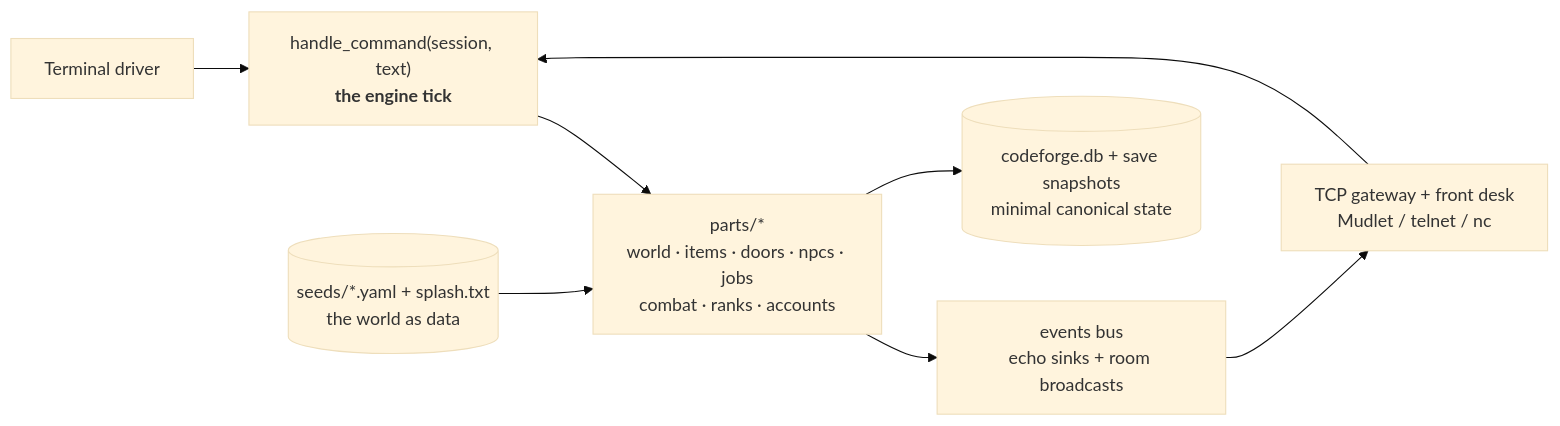
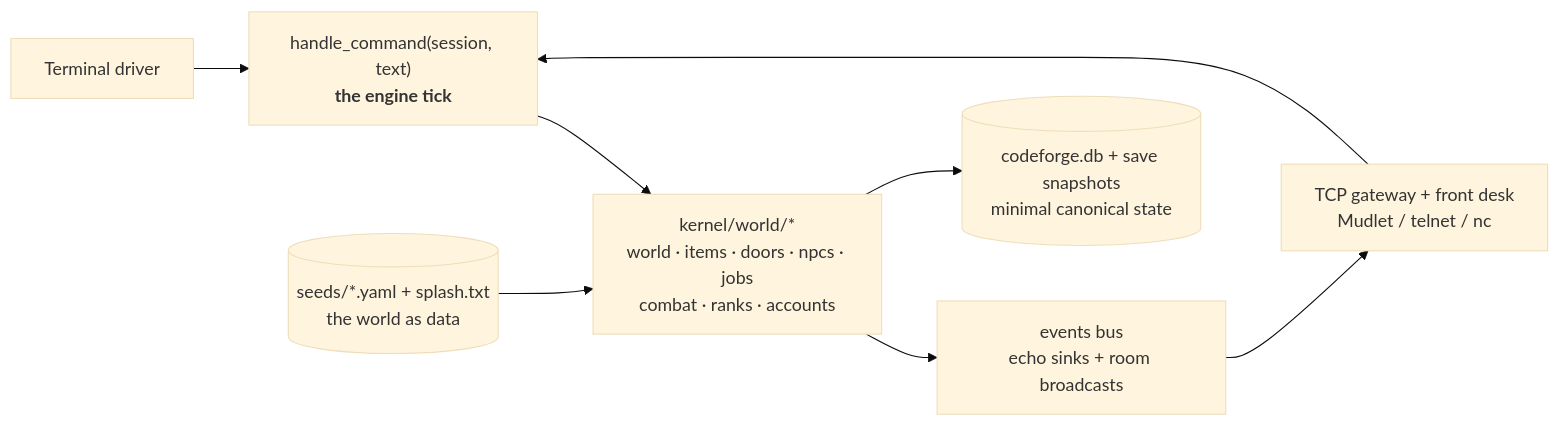
Before and after one commit to MatrymLabs/codeforge: the diagram in README.md, drawn with Mermaid (base theme). The commit also changed other lines of this file, not shown here.

````diff
--- a/README.md
+++ b/README.md
@@ -143,11 +143,11 @@
 ```mermaid
 flowchart LR
     T[Terminal driver] --> H
     G[TCP gateway + front desk<br/>Mudlet / telnet / nc] --> H
     H["handle_command(session, text)<br/><b>the engine tick</b>"]
-    H --> P[parts/*<br/>world · items · doors · npcs · jobs<br/>combat · ranks · accounts]
+    H --> P[kernel/world/*<br/>world · items · doors · npcs · jobs<br/>combat · ranks · accounts]
     P --> E[events bus<br/>echo sinks + room broadcasts]
     E --> G
     S[(seeds/*.yaml + splash.txt<br/>the world as data)] --> P
     P --> C[(codeforge.db + save snapshots<br/>minimal canonical state)]
 ```
````
